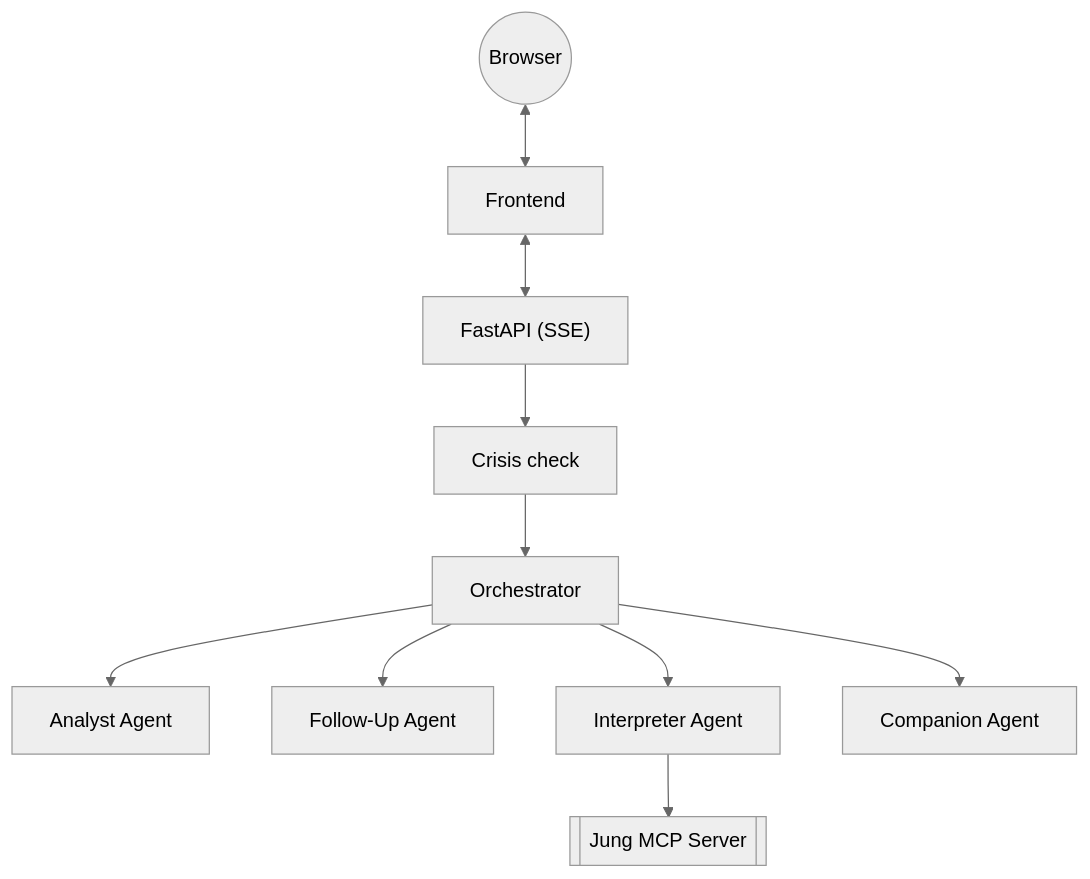
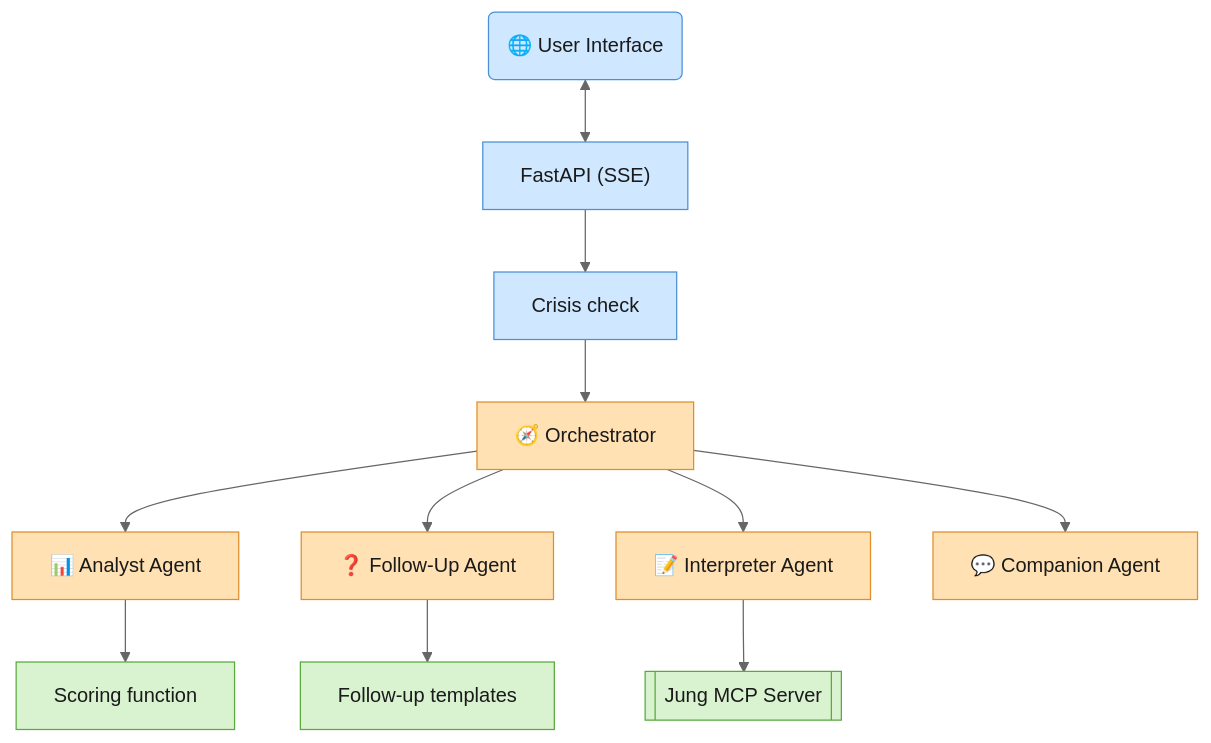
The diagram in README.md (xinkaichen97/meet-your-shadow), drawn with Mermaid (neutral theme) before and after one commit. The commit also changed other lines of this file and 4 other files, not shown here.

````diff
--- a/README.md
+++ b/README.md
@@ -34,21 +35,32 @@
 ```mermaid
 flowchart TD
-    User(("Browser"))
-    Frontend["Frontend"]
+    Frontend("🌐 User Interface")
     API["FastAPI (SSE)"]
     Crisis["Crisis check"]
-    Orchestrator["Orchestrator"]
-    Analyst["Analyst Agent"]
-    FollowUp["Follow-Up Agent"]
-    Interpreter["Interpreter Agent"]
-    Companion["Companion Agent"]
+    Orchestrator["🧭 Orchestrator"]
+    Analyst["📊 Analyst Agent"]
+    FollowUp["❓ Follow-Up Agent"]
+    Interpreter["📝 Interpreter Agent"]
+    Companion["💬 Companion Agent"]
+    ScoringFn["Scoring function"]
+    TemplateFn["Follow-up templates"]
     MCP[["Jung MCP Server"]]
 
-    User <--> Frontend <--> API
+    Frontend <--> API
     API --> Crisis --> Orchestrator
     Orchestrator --> Analyst
     Orchestrator --> FollowUp
     Orchestrator --> Interpreter
     Orchestrator --> Companion
+    Analyst --> ScoringFn
+    FollowUp --> TemplateFn
     Interpreter --> MCP
+
+    classDef frontend fill:#cfe8ff,stroke:#4a90d9,color:#1a1a1a
+    classDef agent fill:#ffe1b3,stroke:#e08e2b,color:#1a1a1a
+    classDef tool fill:#d9f2d0,stroke:#5aa93f,color:#1a1a1a
+
+    class Frontend,API,Crisis frontend
+    class Orchestrator,Analyst,FollowUp,Interpreter,Companion agent
+    class ScoringFn,TemplateFn,MCP tool
 ```
````
